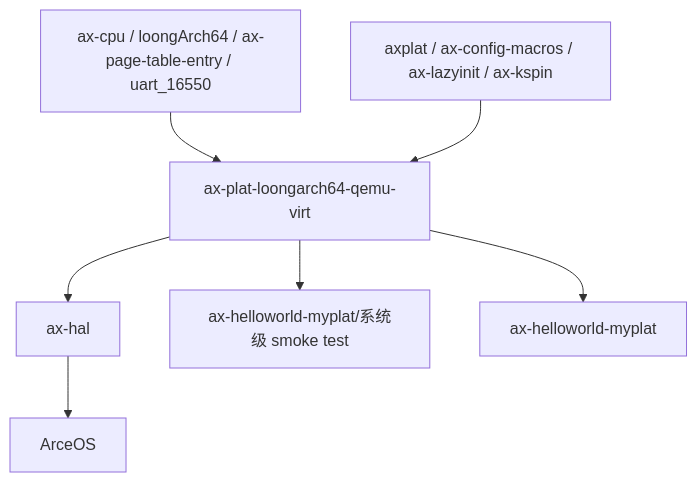
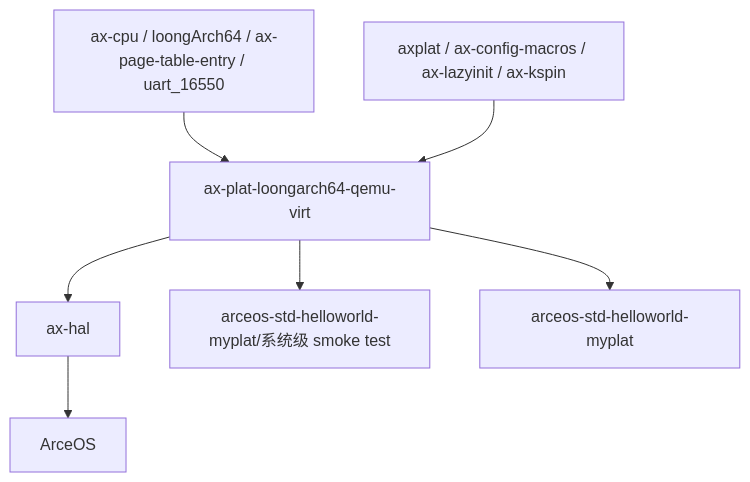
One commit to rcore-os/tgoskits changed the second of 2 diagrams in docs/docs/components/crates/ax-plat-loongarch64-qemu-virt.md. Above: the diagram before and after it, drawn with Mermaid. The commit also changed other lines of this file and 179 other files, not shown here.

Commit message:
chore(arceos): reorganize std apps

````diff
--- a/docs/docs/components/crates/ax-plat-loongarch64-qemu-virt.md
+++ b/docs/docs/components/crates/ax-plat-loongarch64-qemu-virt.md
@@ -186,9 +186,9 @@
 ```mermaid
 graph TD
     A[ax-cpu / loongArch64 / ax-page-table-entry / uart_16550] --> B[ax-plat-loongarch64-qemu-virt]
     C[axplat / ax-config-macros / ax-lazyinit / ax-kspin] --> B
     B --> D[ax-hal]
-    B --> E[ax-helloworld-myplat/系统级 smoke test]
-    B --> F[ax-helloworld-myplat]
+    B --> E[arceos-std-helloworld-myplat/系统级 smoke test]
+    B --> F[arceos-std-helloworld-myplat]
     D --> G[ArceOS]
 ```
````
